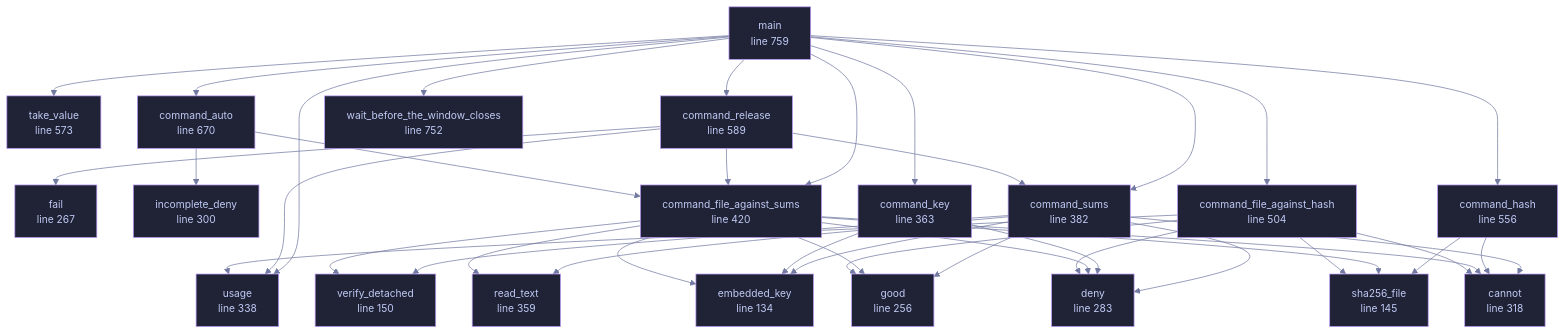
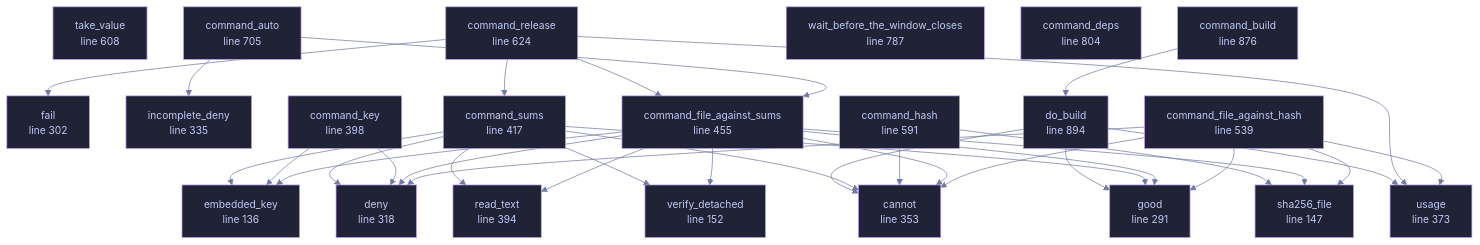
The diagram in docs/files/veilvoice-verify/main.md (tilas01/veilvoice), drawn with Mermaid before and after one commit. The commit also changed other lines of this file and 37 other files, not shown here.

````diff
--- a/docs/files/veilvoice-verify/main.md
+++ b/docs/files/veilvoice-verify/main.md
@@ -99,28 +102,31 @@
 ```mermaid
 %%{init: {"theme":"base","themeVariables":{"background":"#1a1b26","primaryColor":"#1f2335","primaryTextColor":"#c0caf5","primaryBorderColor":"#7aa2f7","secondaryColor":"#16161e","tertiaryColor":"#16161e","lineColor":"#737aa2","textColor":"#c0caf5","mainBkg":"#1f2335","nodeBorder":"#7aa2f7","clusterBkg":"#16161e","clusterBorder":"#2f3549","fontFamily":"ui-monospace, SFMono-Regular, Consolas, monospace","fontSize":"14px"}}}%%
 flowchart TD
-    n_embedded_key["embedded_key<br/>line 134"]
-    n_sha256_file["sha256_file<br/>line 145"]
-    n_verify_detached["verify_detached<br/>line 150"]
-    n_good["good<br/>line 256"]
-    n_fail["fail<br/>line 267"]
-    n_deny["deny<br/>line 283"]
-    n_incomplete_deny["incomplete_deny<br/>line 300"]
-    n_cannot["cannot<br/>line 318"]
-    n_usage["usage<br/>line 338"]
-    n_read_text["read_text<br/>line 359"]
-    n_command_key["command_key<br/>line 363"]
-    n_command_sums["command_sums<br/>line 382"]
-    n_command_file_against_sums["command_file_against_sums<br/>line 420"]
-    n_command_file_against_hash["command_file_against_hash<br/>line 504"]
-    n_command_hash["command_hash<br/>line 556"]
-    n_take_value["take_value<br/>line 573"]
-    n_command_release["command_release<br/>line 589"]
-    n_command_auto["command_auto<br/>line 670"]
-    n_wait_before_the_window_closes["wait_before_the_window_closes<br/>line 752"]
-    n_main["main<br/>line 759"]
+    n_embedded_key["embedded_key<br/>line 136"]
+    n_sha256_file["sha256_file<br/>line 147"]
+    n_verify_detached["verify_detached<br/>line 152"]
+    n_good["good<br/>line 291"]
+    n_fail["fail<br/>line 302"]
+    n_deny["deny<br/>line 318"]
+    n_incomplete_deny["incomplete_deny<br/>line 335"]
+    n_cannot["cannot<br/>line 353"]
+    n_usage["usage<br/>line 373"]
+    n_read_text["read_text<br/>line 394"]
+    n_command_key["command_key<br/>line 398"]
+    n_command_sums["command_sums<br/>line 417"]
+    n_command_file_against_sums["command_file_against_sums<br/>line 455"]
+    n_command_file_against_hash["command_file_against_hash<br/>line 539"]
+    n_command_hash["command_hash<br/>line 591"]
+    n_take_value["take_value<br/>line 608"]
+    n_command_release["command_release<br/>line 624"]
+    n_command_auto["command_auto<br/>line 705"]
+    n_wait_before_the_window_closes["wait_before_the_window_closes<br/>line 787"]
+    n_command_deps["command_deps<br/>line 804"]
+    n_command_build["command_build<br/>line 876"]
+    n_do_build["do_build<br/>line 894"]
     n_command_auto --> n_command_file_against_sums
     n_command_auto --> n_incomplete_deny
+    n_command_build --> n_do_build
     n_command_file_against_hash --> n_cannot
     n_command_file_against_hash --> n_deny
     n_command_file_against_hash --> n_good
@@ -147,36 +153,31 @@
     n_command_sums --> n_good
     n_command_sums --> n_read_text
     n_command_sums --> n_verify_detached
-    n_main --> n_command_auto
-    n_main --> n_command_file_against_hash
-    n_main --> n_command_file_against_sums
-    n_main --> n_command_hash
-    n_main --> n_command_key
-    n_main --> n_command_release
-    n_main --> n_command_sums
-    n_main --> n_take_value
-    n_main --> n_usage
-    n_main --> n_wait_before_the_window_closes
-    click n_embedded_key href "https://github.com/tilas01/veilvoice/blob/main/crates/veilvoice-verify/src/main.rs#L134" "open the source"
-    click n_sha256_file href "https://github.com/tilas01/veilvoice/blob/main/crates/veilvoice-verify/src/main.rs#L145" "open the source"
-    click n_verify_detached href "https://github.com/tilas01/veilvoice/blob/main/crates/veilvoice-verify/src/main.rs#L150" "open the source"
-    click n_good href "https://github.com/tilas01/veilvoice/blob/main/crates/veilvoice-verify/src/main.rs#L256" "open the source"
-    click n_fail href "https://github.com/tilas01/veilvoice/blob/main/crates/veilvoice-verify/src/main.rs#L267" "open the source"
-    click n_deny href "https://github.com/tilas01/veilvoice/blob/main/crates/veilvoice-verify/src/main.rs#L283" "open the source"
-    click n_incomplete_deny href "https://github.com/tilas01/veilvoice/blob/main/crates/veilvoice-verify/src/main.rs#L300" "open the source"
-    click n_cannot href "https://github.com/tilas01/veilvoice/blob/main/crates/veilvoice-verify/src/main.rs#L318" "open the source"
-    click n_usage href "https://github.com/tilas01/veilvoice/blob/main/crates/veilvoice-verify/src/main.rs#L338" "open the source"
-    click n_read_text href "https://github.com/tilas01/veilvoice/blob/main/crates/veilvoice-verify/src/main.rs#L359" "open the source"
-    click n_command_key href "https://github.com/tilas01/veilvoice/blob/main/crates/veilvoice-verify/src/main.rs#L363" "open the source"
-    click n_command_sums href "https://github.com/tilas01/veilvoice/blob/main/crates/veilvoice-verify/src/main.rs#L382" "open the source"
-    click n_command_file_against_sums href "https://github.com/tilas01/veilvoice/blob/main/crates/veilvoice-verify/src/main.rs#L420" "open the source"
-    click n_command_file_against_hash href "https://github.com/tilas01/veilvoice/blob/main/crates/veilvoice-verify/src/main.rs#L504" "open the source"
-    click n_command_hash href "https://github.com/tilas01/veilvoice/blob/main/crates/veilvoice-verify/src/main.rs#L556" "open the source"
-    click n_take_value href "https://github.com/tilas01/veilvoice/blob/main/crates/veilvoice-verify/src/main.rs#L573" "open the source"
-    click n_command_release href "https://github.com/tilas01/veilvoice/blob/main/crates/veilvoice-verify/src/main.rs#L589" "open the source"
-    click n_command_auto href "https://github.com/tilas01/veilvoice/blob/main/crates/veilvoice-verify/src/main.rs#L670" "open the source"
-    click n_wait_before_the_window_closes href "https://github.com/tilas01/veilvoice/blob/main/crates/veilvoice-verify/src/main.rs#L752" "open the source"
-    click n_main href "https://github.com/tilas01/veilvoice/blob/main/crates/veilvoice-verify/src/main.rs#L759" "open the source"
+    n_do_build --> n_cannot
+    n_do_build --> n_good
+    n_do_build --> n_usage
+    click n_embedded_key href "https://github.com/tilas01/veilvoice/blob/main/crates/veilvoice-verify/src/main.rs#L136" "open the source"
+    click n_sha256_file href "https://github.com/tilas01/veilvoice/blob/main/crates/veilvoice-verify/src/main.rs#L147" "open the source"
+    click n_verify_detached href "https://github.com/tilas01/veilvoice/blob/main/crates/veilvoice-verify/src/main.rs#L152" "open the source"
+    click n_good href "https://github.com/tilas01/veilvoice/blob/main/crates/veilvoice-verify/src/main.rs#L291" "open the source"
+    click n_fail href "https://github.com/tilas01/veilvoice/blob/main/crates/veilvoice-verify/src/main.rs#L302" "open the source"
+    click n_deny href "https://github.com/tilas01/veilvoice/blob/main/crates/veilvoice-verify/src/main.rs#L318" "open the source"
+    click n_incomplete_deny href "https://github.com/tilas01/veilvoice/blob/main/crates/veilvoice-verify/src/main.rs#L335" "open the source"
+    click n_cannot href "https://github.com/tilas01/veilvoice/blob/main/crates/veilvoice-verify/src/main.rs#L353" "open the source"
+    click n_usage href "https://github.com/tilas01/veilvoice/blob/main/crates/veilvoice-verify/src/main.rs#L373" "open the source"
+    click n_read_text href "https://github.com/tilas01/veilvoice/blob/main/crates/veilvoice-verify/src/main.rs#L394" "open the source"
+    click n_command_key href "https://github.com/tilas01/veilvoice/blob/main/crates/veilvoice-verify/src/main.rs#L398" "open the source"
+    click n_command_sums href "https://github.com/tilas01/veilvoice/blob/main/crates/veilvoice-verify/src/main.rs#L417" "open the source"
+    click n_command_file_against_sums href "https://github.com/tilas01/veilvoice/blob/main/crates/veilvoice-verify/src/main.rs#L455" "open the source"
+    click n_command_file_against_hash href "https://github.com/tilas01/veilvoice/blob/main/crates/veilvoice-verify/src/main.rs#L539" "open the source"
+    click n_command_hash href "https://github.com/tilas01/veilvoice/blob/main/crates/veilvoice-verify/src/main.rs#L591" "open the source"
+    click n_take_value href "https://github.com/tilas01/veilvoice/blob/main/crates/veilvoice-verify/src/main.rs#L608" "open the source"
+    click n_command_release href "https://github.com/tilas01/veilvoice/blob/main/crates/veilvoice-verify/src/main.rs#L624" "open the source"
+    click n_command_auto href "https://github.com/tilas01/veilvoice/blob/main/crates/veilvoice-verify/src/main.rs#L705" "open the source"
+    click n_wait_before_the_window_closes href "https://github.com/tilas01/veilvoice/blob/main/crates/veilvoice-verify/src/main.rs#L787" "open the source"
+    click n_command_deps href "https://github.com/tilas01/veilvoice/blob/main/crates/veilvoice-verify/src/main.rs#L804" "open the source"
+    click n_command_build href "https://github.com/tilas01/veilvoice/blob/main/crates/veilvoice-verify/src/main.rs#L876" "open the source"
+    click n_do_build href "https://github.com/tilas01/veilvoice/blob/main/crates/veilvoice-verify/src/main.rs#L894" "open the source"
     classDef helper fill:#1f2335,stroke:#bb9af7,color:#c0caf5
-    class n_embedded_key,n_sha256_file,n_verify_detached,n_good,n_fail,n_deny,n_incomplete_deny,n_cannot,n_usage,n_read_text,n_command_key,n_command_sums,n_command_file_against_sums,n_command_file_against_hash,n_command_hash,n_take_value,n_command_release,n_command_auto,n_wait_before_the_window_closes,n_main helper
+    class n_embedded_key,n_sha256_file,n_verify_detached,n_good,n_fail,n_deny,n_incomplete_deny,n_cannot,n_usage,n_read_text,n_command_key,n_command_sums,n_command_file_against_sums,n_command_file_against_hash,n_command_hash,n_take_value,n_command_release,n_command_auto,n_wait_before_the_window_closes,n_command_deps,n_command_build,n_do_build helper
 ```
````
